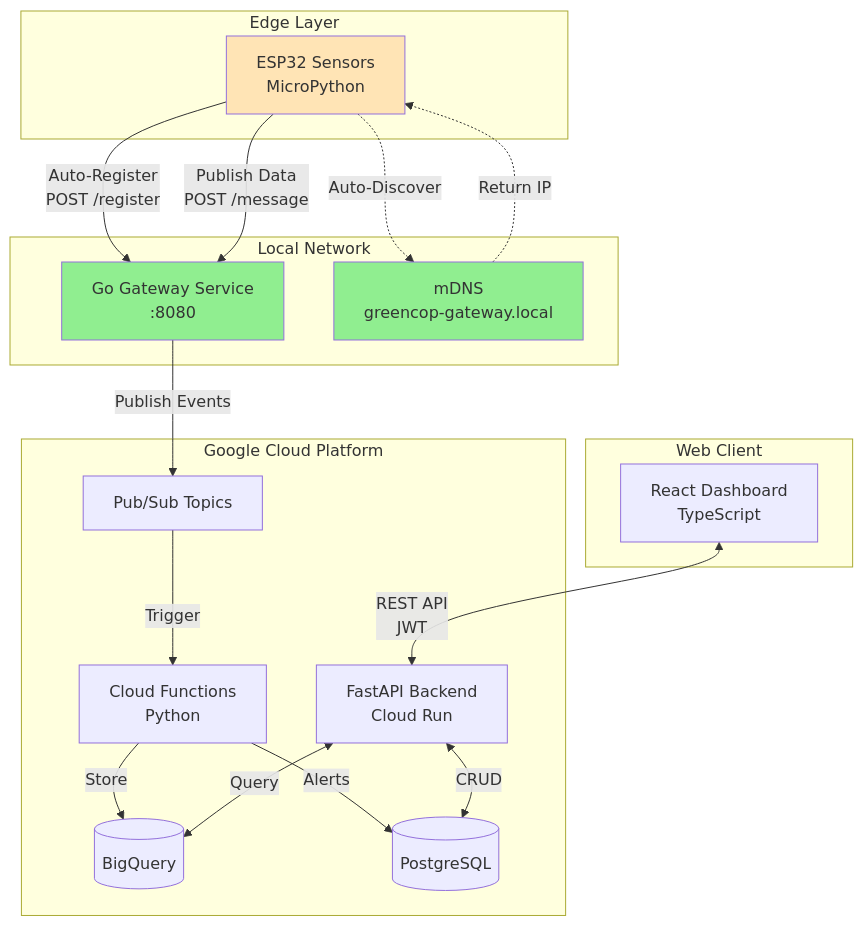
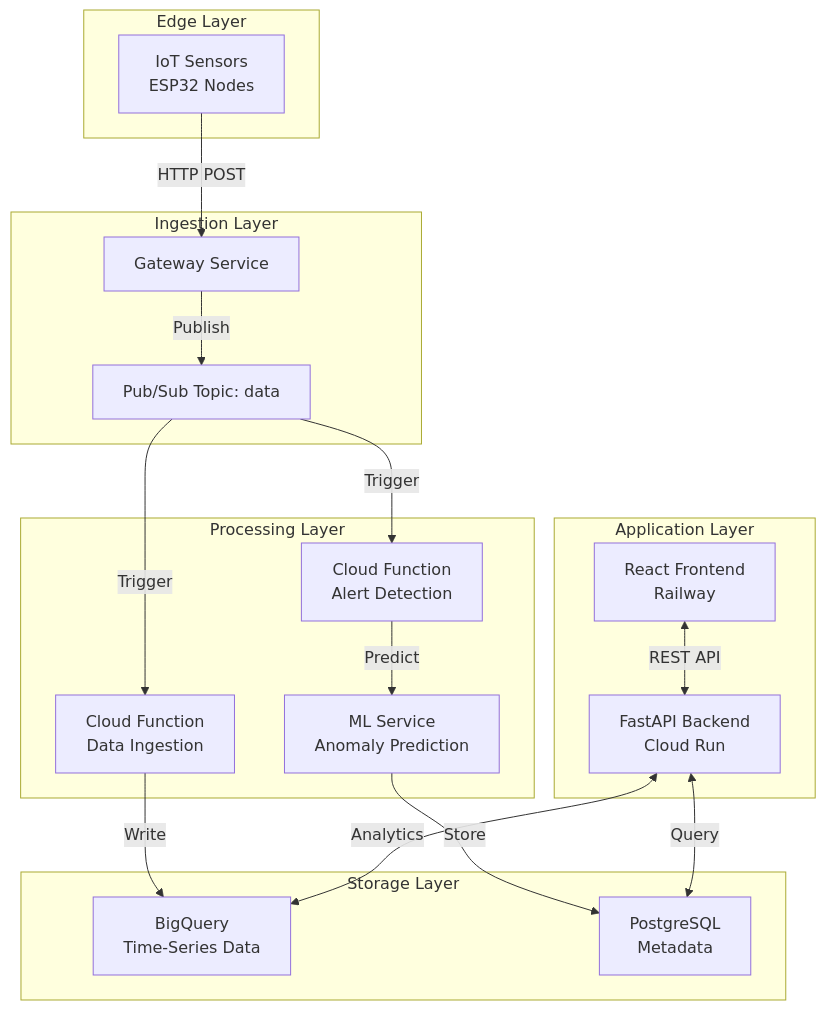
The diagram in docs/index.md (ahmedennaifer/greencop), drawn with Mermaid before and after one commit. The commit also changed other lines of this file, not shown here.

````diff
--- a/docs/index.md
+++ b/docs/index.md
@@ -39,39 +92,38 @@
 ```mermaid
 graph TB
-    subgraph Edge["Edge Layer"]
-        ESP32[ESP32 Sensors<br/>MicroPython]
+    subgraph "Edge Layer"
+        S1[IoT Sensors<br/>ESP32 Nodes]
     end
 
-    subgraph Local["Local Network"]
-        GW[Go Gateway Service<br/>:8080]
-        MDNS[mDNS<br/>greencop-gateway.local]
+    subgraph "Ingestion Layer"
+        GW[Gateway Service]
+        PS1[Pub/Sub Topic: data]
     end
 
-    subgraph Cloud["Google Cloud Platform"]
-        PS[Pub/Sub Topics]
-        CF[Cloud Functions<br/>Python]
-        BQ[(BigQuery)]
-        SQL[(PostgreSQL)]
-        API[FastAPI Backend<br/>Cloud Run]
+    subgraph "Processing Layer"
+        CF1[Cloud Function<br/>Data Ingestion]
+        CF2[Cloud Function<br/>Alert Detection]
+        ML[ML Service<br/>Anomaly Prediction]
     end
 
-    subgraph Client["Web Client"]
-        UI[React Dashboard<br/>TypeScript]
+    subgraph "Storage Layer"
+        BQ[BigQuery<br/>Time-Series Data]
+        DB[PostgreSQL<br/>Metadata]
     end
 
-    ESP32 -.->|Auto-Discover| MDNS
-    MDNS -.->|Return IP| ESP32
-    ESP32 -->|Auto-Register<br/>POST /register| GW
-    ESP32 -->|Publish Data<br/>POST /message| GW
-    GW -->|Publish Events| PS
-    PS -->|Trigger| CF
-    CF -->|Store| BQ
-    CF -->|Alerts| SQL
-    API <-->|Query| BQ
-    API <-->|CRUD| SQL
-    UI <-->|REST API<br/>JWT| API
+    subgraph "Application Layer"
+        API[FastAPI Backend<br/>Cloud Run]
+        FE[React Frontend<br/>Railway]
+    end
 
-    style GW fill:#90EE90
-    style MDNS fill:#90EE90
-    style ESP32 fill:#FFE4B5
+    S1 -->|HTTP POST| GW
+    GW -->|Publish| PS1
+    PS1 -->|Trigger| CF1
+    PS1 -->|Trigger| CF2
+    CF1 -->|Write| BQ
+    CF2 -->|Predict| ML
+    ML -->|Store| DB
+    API <-->|Query| DB
+    API <-->|Analytics| BQ
+    FE <-->|REST API| API
 ```
````
